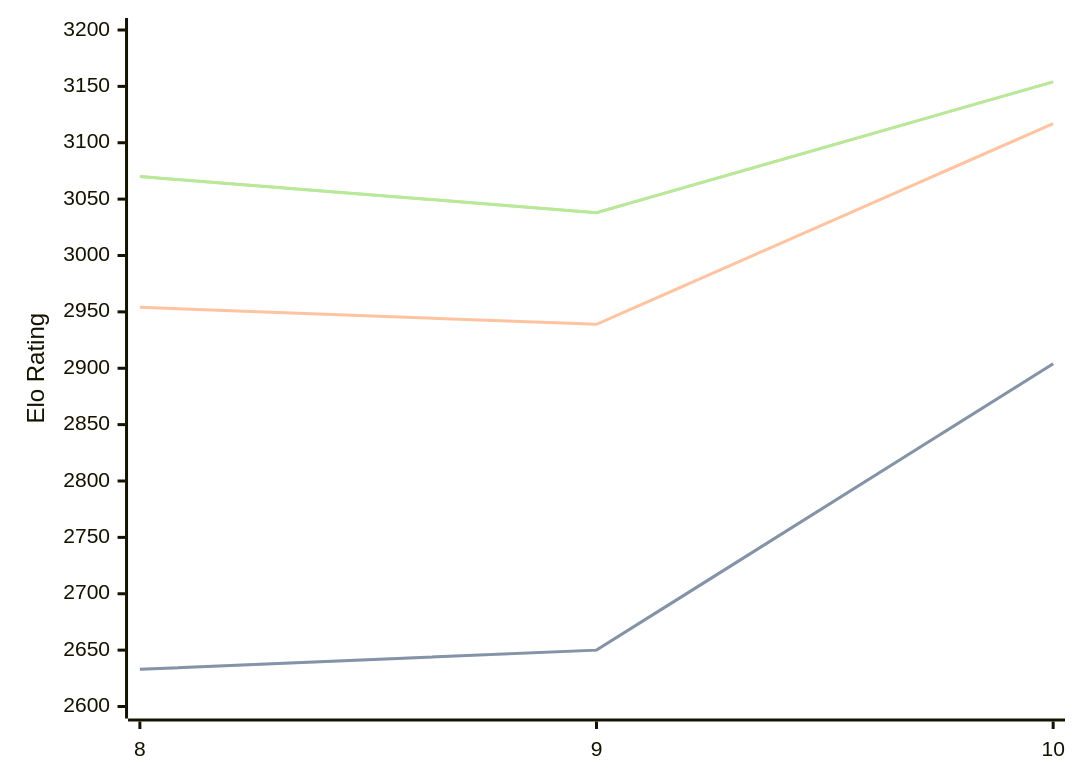
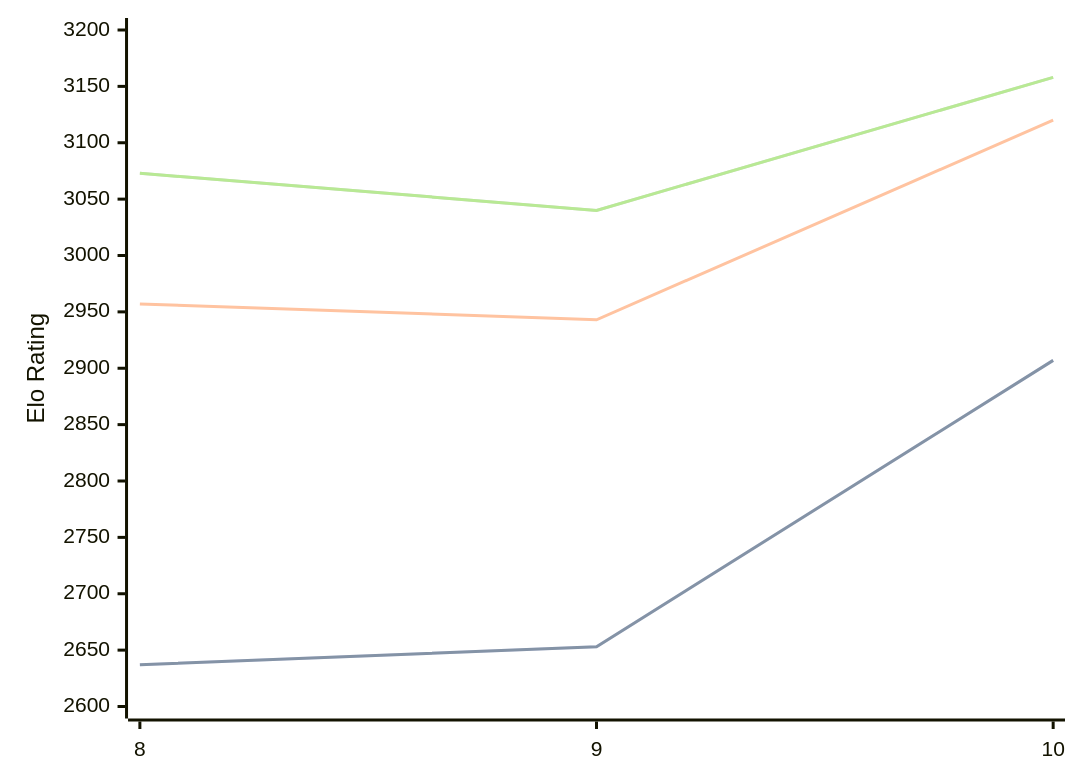
The diagram in engines/Lozza.md (computer-chess-index/cci), drawn with Mermaid before and after one commit. The commit also changed other lines of this file, not shown here.

Commit message:
Update CCI Ratings (ELO VLTC) - 2026-04-30

````diff
--- a/engines/Lozza.md
+++ b/engines/Lozza.md
@@ -41,11 +41,11 @@
 ```mermaid
 %%{init: {"theme":"base","themeVariables":{"seriesColors:['#a3a3a3','#222221','#faa371']}}}%%
 xychart-beta
   x-axis ["8", "9", "10"]
   y-axis "Elo Rating" 2600 --> 3200
-  line "STC (8.0+0.08s)" [2633, 2650, 2904]
-  line "STC (8.0+0.08s)" [2633, 2650, 2904]
-  line "LTC (60.0+0.60s)" [2954, 2939, 3117]
-  line "VLTC (2m24s+1.12s)" [3070, 3038, 3154]
-  line "VLTC (2m24s+1.12s)" [3070, 3038, 3154]
+  line "STC (8.0+0.08s)" [2637, 2653, 2907]
+  line "STC (8.0+0.08s)" [2637, 2653, 2907]
+  line "LTC (60.0+0.60s)" [2957, 2943, 3120]
+  line "VLTC (2m24s+1.12s)" [3073, 3040, 3158]
+  line "VLTC (2m24s+1.12s)" [3073, 3040, 3158]
 ```
````
